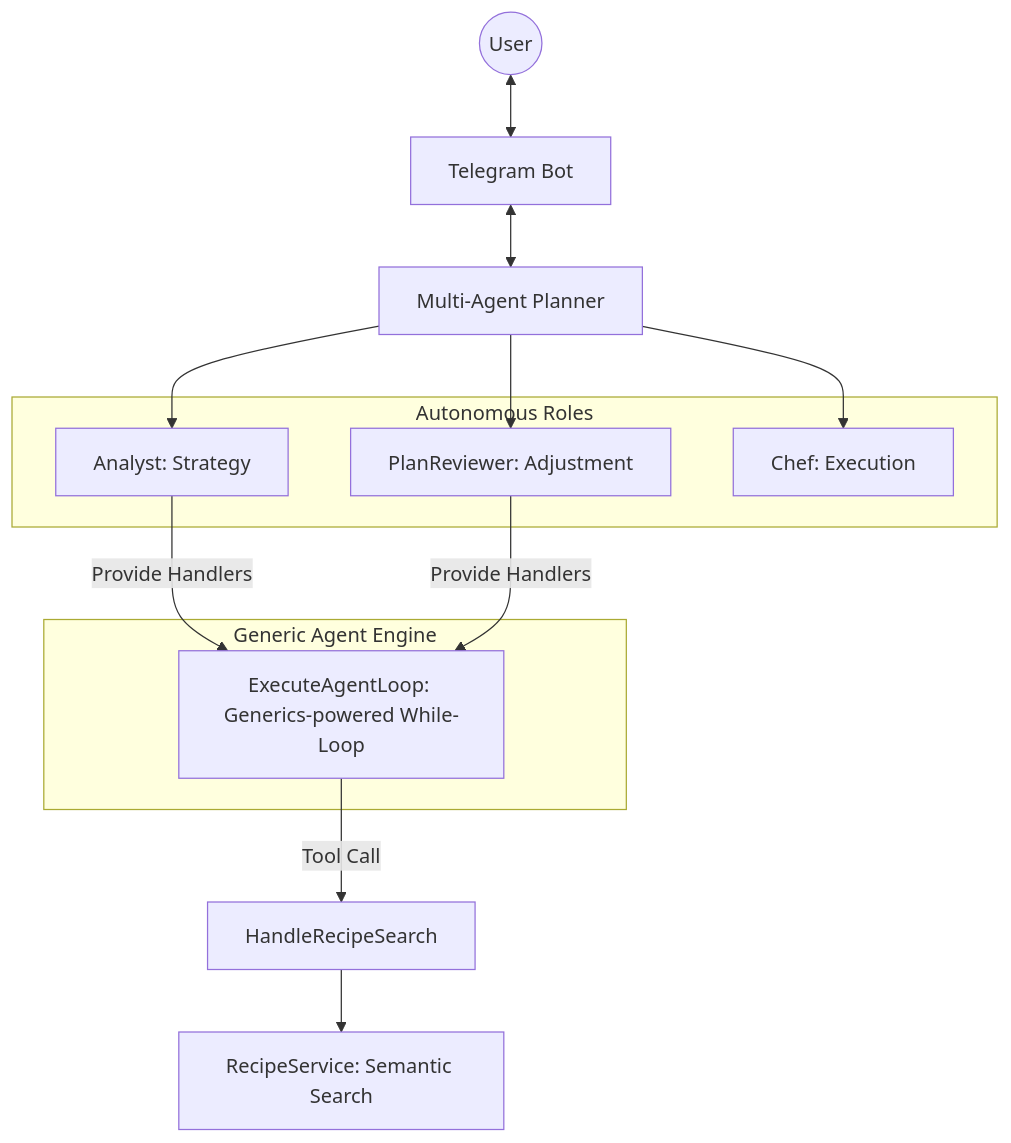
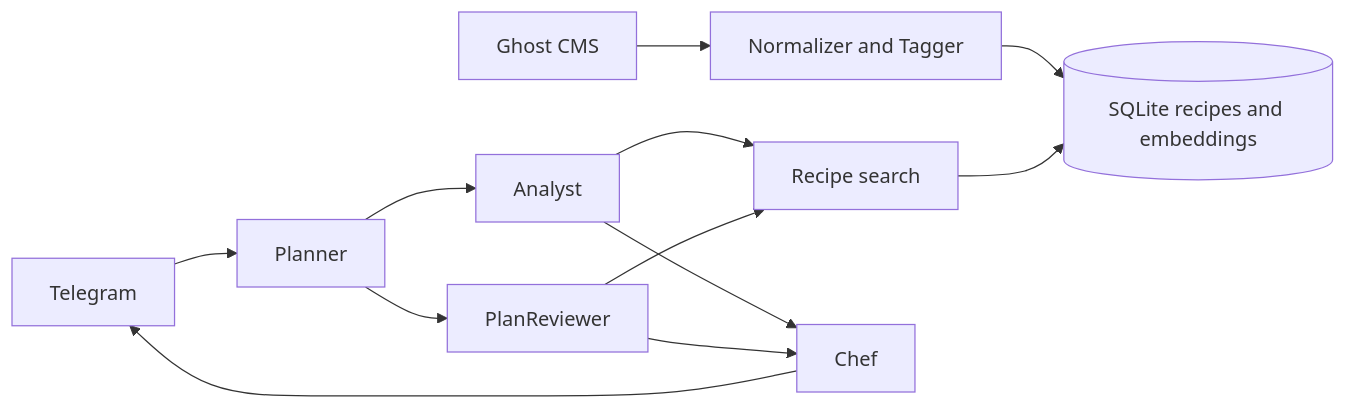
One commit to sergioazevedo/ai-meal-planner changed the diagram in README.md. Above: the diagram before and after it, drawn with Mermaid. The commit also changed other lines of this file and 23 other files, not shown here.

````diff
--- a/README.md
+++ b/README.md
@@ -179,23 +118,14 @@
 ```mermaid
-graph TD
-    User((User)) <--> Bot[Telegram Bot]
-    Bot <--> Planner[Multi-Agent Planner]
-
-    subgraph Engine [Generic Agent Engine]
-        Loop[ExecuteAgentLoop: Generics-powered While-Loop]
-    end
-
-    subgraph Agents [Autonomous Roles]
-        Analyst[Analyst: Strategy]
-        Reviewer[PlanReviewer: Adjustment]
-        Chef[Chef: Execution]
-    end
-
+flowchart LR
+    Ghost[Ghost CMS] --> Ingestion[Normalizer and Tagger]
+    Ingestion --> DB[(SQLite recipes and embeddings)]
+    Telegram[Telegram] --> Planner
     Planner --> Analyst
-    Planner --> Reviewer
-    Planner --> Chef
-
-    Analyst & Reviewer -->|Provide Handlers| Loop
-    Loop -->|Tool Call| SearchTool[HandleRecipeSearch]
-    SearchTool --> RAG[RecipeService: Semantic Search]
+    Planner --> Reviewer[PlanReviewer]
+    Analyst --> Search[Recipe search]
+    Reviewer --> Search
+    Search --> DB
+    Analyst --> Chef
+    Reviewer --> Chef
+    Chef --> Telegram
 ```
````
